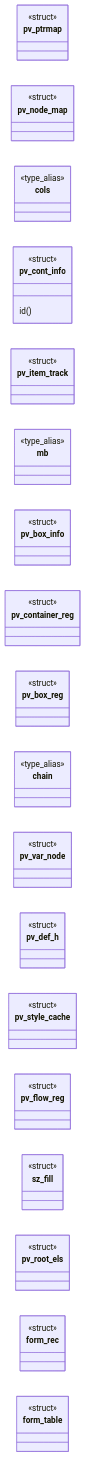
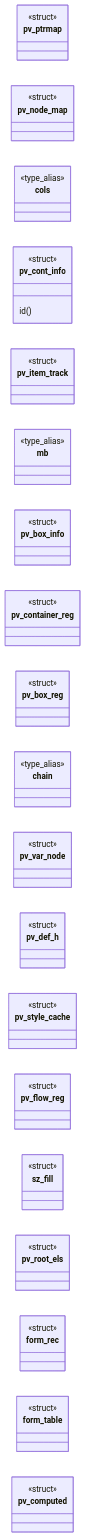
Before and after one commit to grisuno/FreeDom: the first of 2 diagrams in readmenator-apidocs/modules/src.page_view.c.md, drawn with Mermaid. The commit also changed other lines of this file and 364 other files, not shown here.

````diff
--- a/readmenator-apidocs/modules/src.page_view.c.md
+++ b/readmenator-apidocs/modules/src.page_view.c.md
@@ -14,43 +14,45 @@
 ```mermaid
 classDiagram
     direction LR
     class pv_ptrmap
     <<struct>> pv_ptrmap
     class pv_node_map
     <<struct>> pv_node_map
     class cols
     <<type_alias>> cols
     class pv_cont_info
     <<struct>> pv_cont_info
     pv_cont_info : id()
     class pv_item_track
     <<struct>> pv_item_track
     class mb
     <<type_alias>> mb
     class pv_box_info
     <<struct>> pv_box_info
     class pv_container_reg
     <<struct>> pv_container_reg
     class pv_box_reg
     <<struct>> pv_box_reg
     class chain
     <<type_alias>> chain
     class pv_var_node
     <<struct>> pv_var_node
     class pv_def_h
     <<struct>> pv_def_h
     class pv_style_cache
     <<struct>> pv_style_cache
     class pv_flow_reg
     <<struct>> pv_flow_reg
     class sz_fill
     <<struct>> sz_fill
     class pv_root_els
     <<struct>> pv_root_els
     class form_rec
     <<struct>> form_rec
     class form_table
     <<struct>> form_table
     class pv_flow_reg
     <<struct>> pv_flow_reg
+    class pv_computed
+    <<struct>> pv_computed
 ```
````
